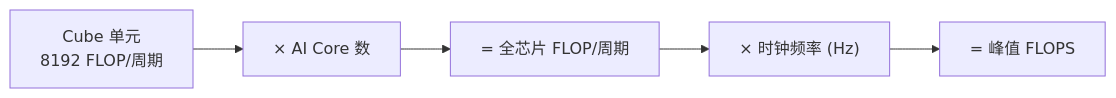
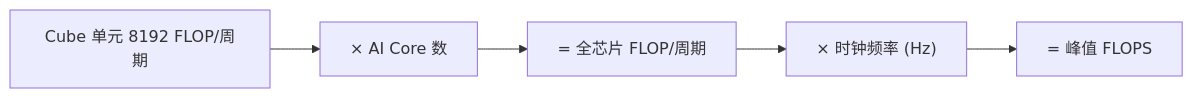
Before and after one commit to SuccinctPaul/Ascend-Notes: the diagram in docs/pages/perf/00-npu-peak-flops-calculation.md, drawn with Mermaid. The commit also changed 8 other files, not shown here.

````diff
--- a/docs/pages/perf/00-npu-peak-flops-calculation.md
+++ b/docs/pages/perf/00-npu-peak-flops-calculation.md
@@ -74,7 +74,7 @@
 ```mermaid
 flowchart LR
-    A["Cube 单元<br/>8192 FLOP/周期"] --> B["× AI Core 数"]
+    A["Cube 单元 8192 FLOP/周期"] --> B["× AI Core 数"]
     B --> C["= 全芯片 FLOP/周期"]
     C --> D["× 时钟频率 (Hz)"]
     D --> E["= 峰值 FLOPS"]
 ```
````
